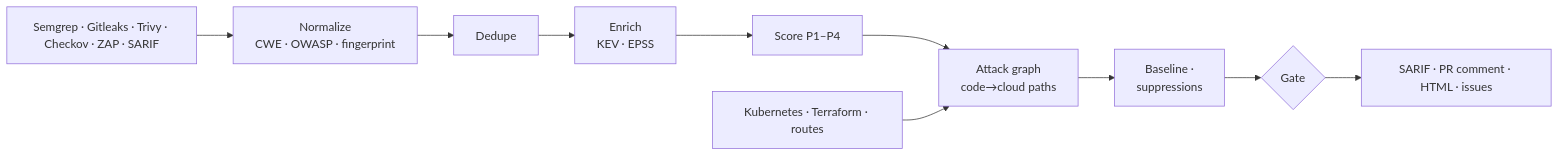
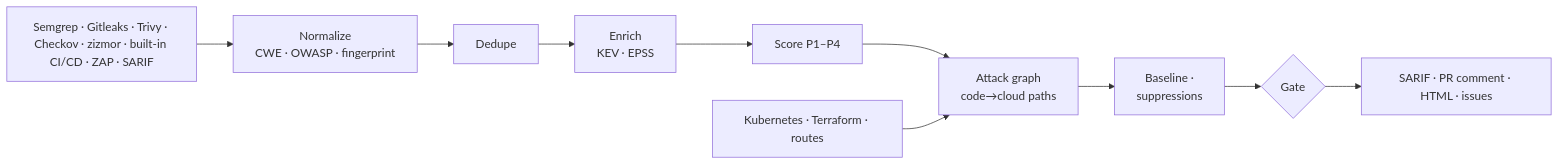
One commit to amoghnellutla/breachgraph changed the diagram in README.md. Above: the diagram before and after it, drawn with Mermaid. The commit also changed other lines of this file and 29 other files, not shown here.

First line of the commit message:
CI/CD and supply chain: workflow attacks, zizmor, and CI jobs in the attack graph

````diff
--- a/README.md
+++ b/README.md
@@ -182,10 +183,10 @@
 ```mermaid
 flowchart LR
-    A[Semgrep · Gitleaks · Trivy · Checkov · ZAP · SARIF] --> B[Normalize<br/>CWE · OWASP · fingerprint]
+    A[Semgrep · Gitleaks · Trivy · Checkov · zizmor · built-in CI/CD · ZAP · SARIF] --> B[Normalize<br/>CWE · OWASP · fingerprint]
     B --> C[Dedupe] --> D[Enrich<br/>KEV · EPSS] --> E[Score P1–P4]
     E --> G2[Attack graph<br/>code→cloud paths]
     CFG[Kubernetes · Terraform · routes] --> G2
     G2 --> F[Baseline ·<br/>suppressions]
     F --> GATE{Gate}
     GATE --> H[SARIF · PR comment · HTML · issues]
 ```
````
